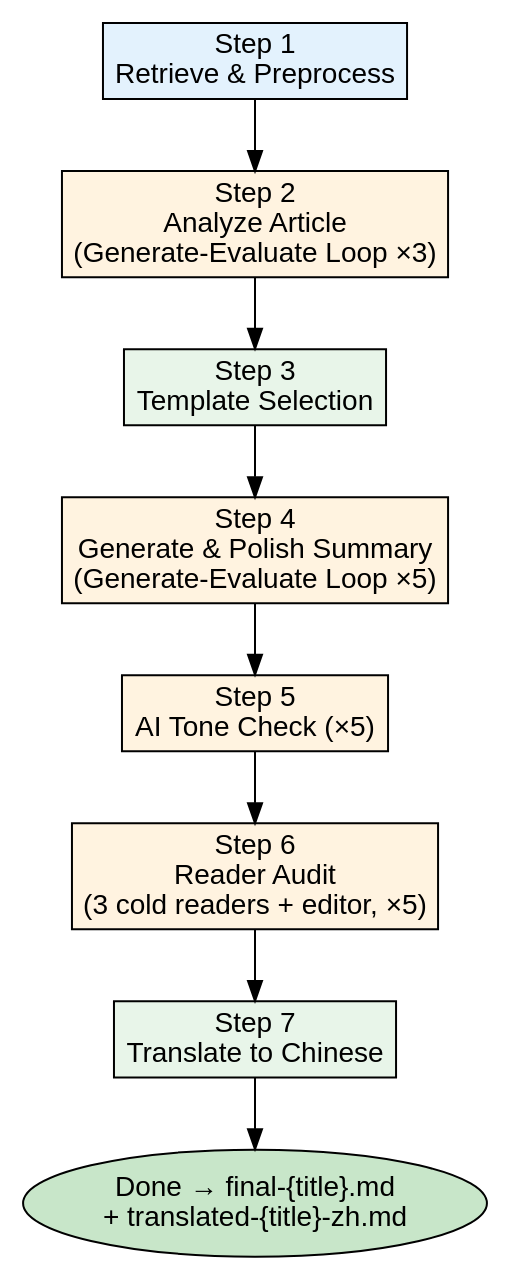
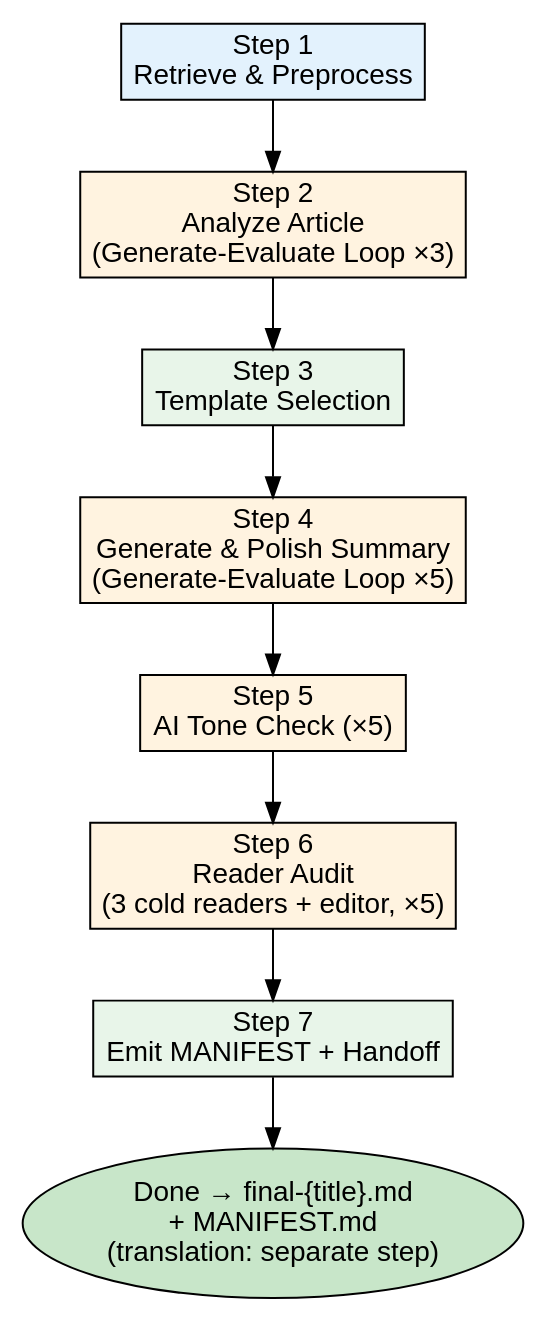
The first of 2 diagrams in yiyue31-summary/README.md (liuyanhui/yiyue31-skills), drawn with Graphviz before and after one commit. The commit also changed other lines of this file and 4 other files, not shown here.

First line of the commit message:
yiyue31-summary: v2.3.0 decouple translation into a separate contract-driven step

````diff
--- a/yiyue31-summary/README.md
+++ b/yiyue31-summary/README.md
@@ -35,24 +35,24 @@
 ```dot
 digraph workflow {
     rankdir=TB;
     node [shape=box, style=filled, fillcolor="#f5f5f5", fontname="Arial"];
     edge [fontname="Arial", fontsize=10];
 
     step1 [label="Step 1\nRetrieve & Preprocess", fillcolor="#e3f2fd"];
     step2 [label="Step 2\nAnalyze Article\n(Generate-Evaluate Loop ×3)", fillcolor="#fff3e0"];
     step3 [label="Step 3\nTemplate Selection", fillcolor="#e8f5e9"];
     step4 [label="Step 4\nGenerate & Polish Summary\n(Generate-Evaluate Loop ×5)", fillcolor="#fff3e0"];
     step5 [label="Step 5\nAI Tone Check (×5)", fillcolor="#fff3e0"];
     step6 [label="Step 6\nReader Audit\n(3 cold readers + editor, ×5)", fillcolor="#fff3e0"];
-    step7 [label="Step 7\nTranslate to Chinese", fillcolor="#e8f5e9"];
-    done [label="Done → final-{title}.md\n+ translated-{title}-zh.md", shape=ellipse, fillcolor="#c8e6c9"];
+    step7 [label="Step 7\nEmit MANIFEST + Handoff", fillcolor="#e8f5e9"];
+    done [label="Done → final-{title}.md\n+ MANIFEST.md\n(translation: separate step)", shape=ellipse, fillcolor="#c8e6c9"];
 
     step1 -> step2;
     step2 -> step3;
     step3 -> step4;
     step4 -> step5;
     step5 -> step6;
     step6 -> step7;
     step7 -> done;
 }
 ```
````
